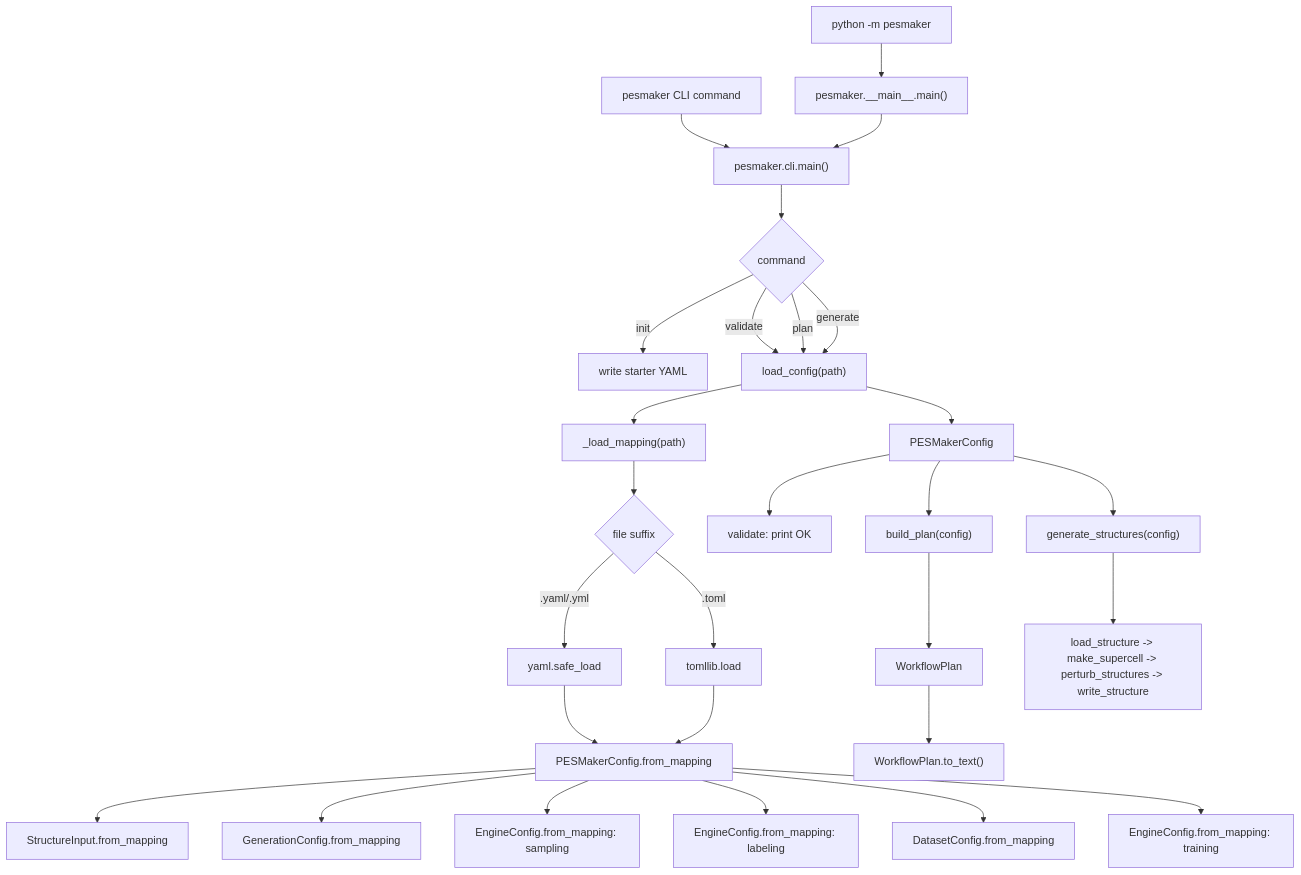
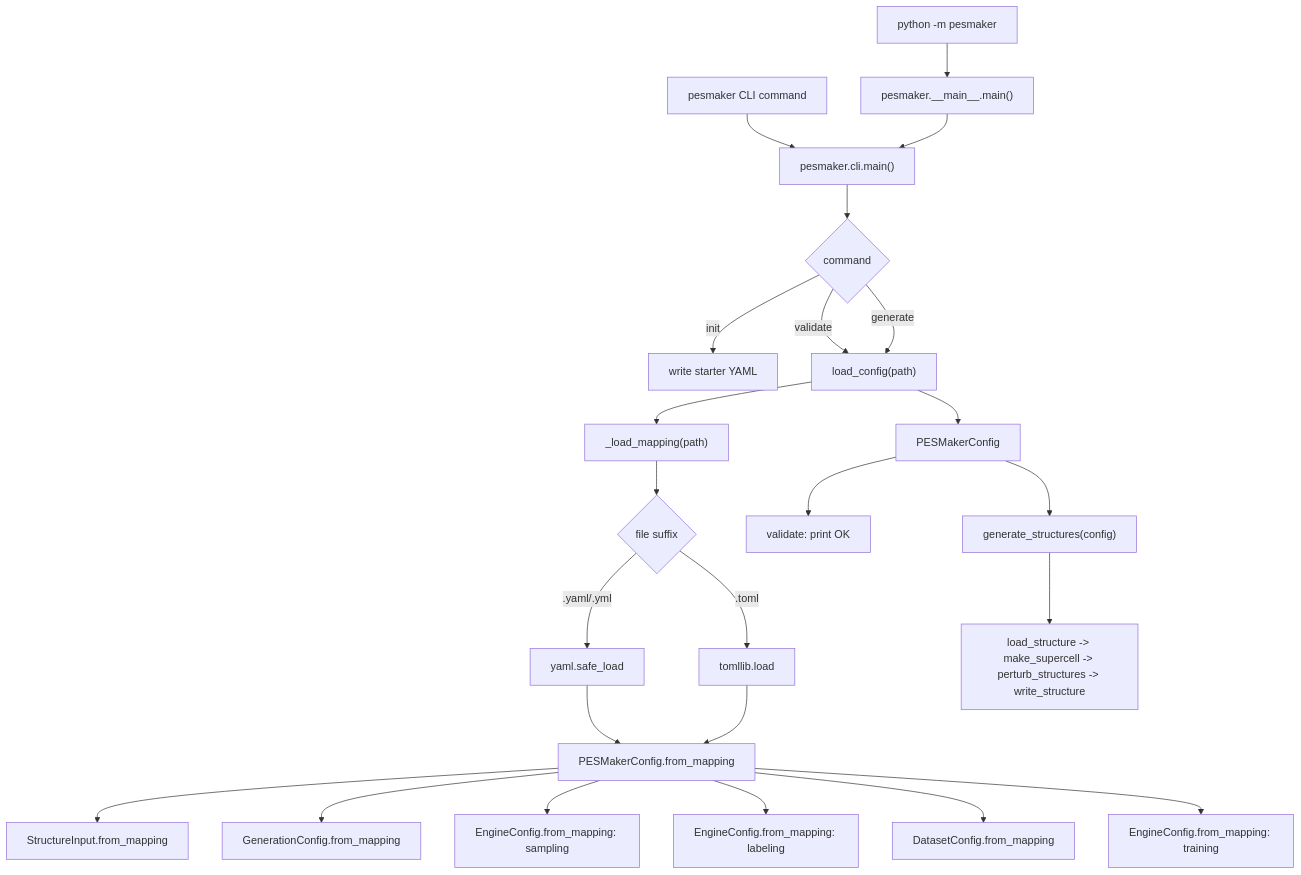
One commit to litupLetian/PESMaker_litupVer changed the first of 3 diagrams in docs/CODE_LOGIC.md. Above: the diagram before and after it, drawn with Mermaid. The commit also changed other lines of this file and 14 other files, not shown here.

````diff
--- a/docs/CODE_LOGIC.md
+++ b/docs/CODE_LOGIC.md
@@ -8,34 +8,30 @@
 ```mermaid
 flowchart TD
     A["python -m pesmaker"] --> B["pesmaker.__main__.main()"]
     C["pesmaker CLI command"] --> D["pesmaker.cli.main()"]
     B --> D
 
     D --> E{"command"}
     E -->|"init"| F["write starter YAML"]
     E -->|"validate"| G["load_config(path)"]
-    E -->|"plan"| G
     E -->|"generate"| G
 
     G --> H["_load_mapping(path)"]
     H --> I{"file suffix"}
     I -->|".yaml/.yml"| J["yaml.safe_load"]
     I -->|".toml"| K["tomllib.load"]
     J --> L["PESMakerConfig.from_mapping"]
     K --> L
 
     L --> M["StructureInput.from_mapping"]
     L --> N["GenerationConfig.from_mapping"]
     L --> O["EngineConfig.from_mapping: sampling"]
     L --> P["EngineConfig.from_mapping: labeling"]
     L --> Q["DatasetConfig.from_mapping"]
     L --> R["EngineConfig.from_mapping: training"]
 
     G --> S["PESMakerConfig"]
     S --> T["validate: print OK"]
-    S --> U["build_plan(config)"]
-    U --> V["WorkflowPlan"]
-    V --> W["WorkflowPlan.to_text()"]
     S --> X["generate_structures(config)"]
     X --> Y["load_structure -> make_supercell -> perturb_structures -> write_structure"]
 ```
````
